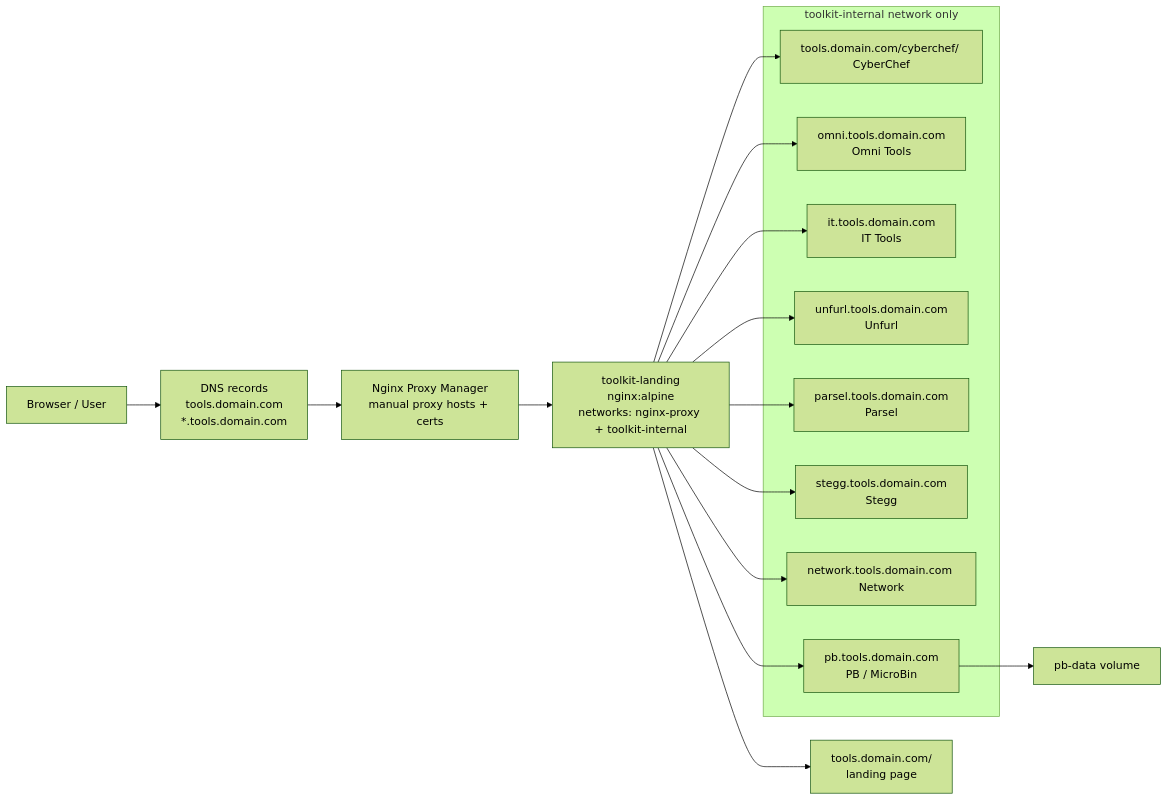
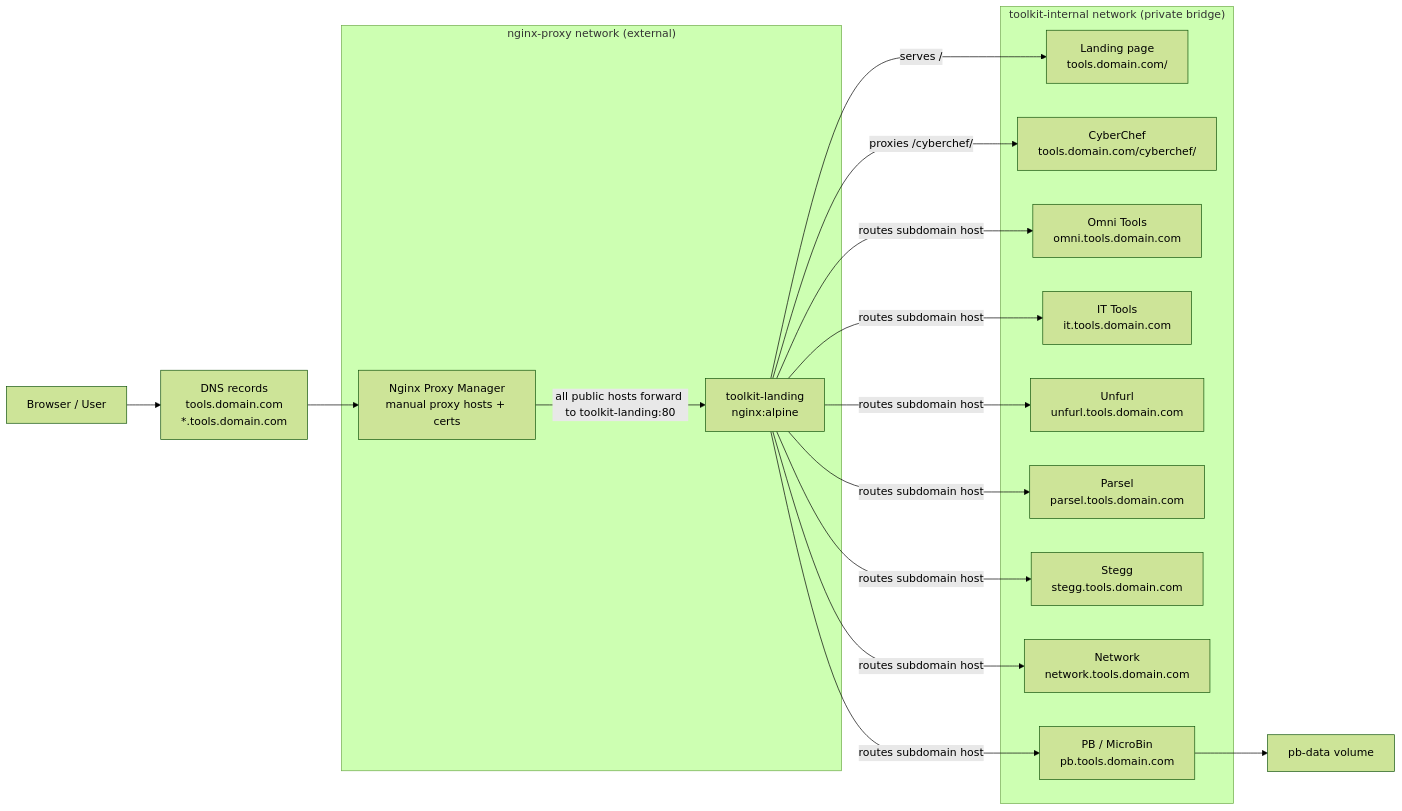
Before and after one commit to nate-griff/everything-toolkit: the diagram in README.md, drawn with Mermaid (forest theme). The commit also changed other lines of this file and 1 other file, not shown here.

Commit message:
Chart clarification and file reorganization

````diff
--- a/README.md
+++ b/README.md
@@ -120,29 +120,36 @@
 ```mermaid
 flowchart LR
     User["Browser / User"] --> DNS["DNS records<br/>tools.domain.com<br/>*.tools.domain.com"]
-    DNS --> NPM["Nginx Proxy Manager<br/>manual proxy hosts + certs"]
-    NPM --> Landing["toolkit-landing<br/>nginx:alpine<br/>networks: nginx-proxy + toolkit-internal"]
 
-    Landing --> Root["tools.domain.com/ <br/>landing page"]
-    Landing --> CyberChef["tools.domain.com/cyberchef/ <br/>CyberChef"]
-    Landing --> Omni["omni.tools.domain.com <br/>Omni Tools"]
-    Landing --> IT["it.tools.domain.com <br/>IT Tools"]
-    Landing --> Unfurl["unfurl.tools.domain.com <br/>Unfurl"]
-    Landing --> Parsel["parsel.tools.domain.com <br/>Parsel"]
-    Landing --> Stegg["stegg.tools.domain.com <br/>Stegg"]
-    Landing --> Network["network.tools.domain.com <br/>Network"]
-    Landing --> PB["pb.tools.domain.com <br/>PB / MicroBin"]
+    subgraph Proxy["nginx-proxy network (external)"]
+        NPM["Nginx Proxy Manager<br/>manual proxy hosts + certs"]
+        Landing["toolkit-landing<br/>nginx:alpine"]
+    end
 
-    subgraph Internal["toolkit-internal network only"]
-        CyberChef
-        Omni
-        IT
-        Unfurl
-        Parsel
-        Stegg
-        Network
-        PB
+    subgraph Internal["toolkit-internal network (private bridge)"]
+        Root["Landing page<br/>tools.domain.com/"]
+        CyberChef["CyberChef<br/>tools.domain.com/cyberchef/"]
+        Omni["Omni Tools<br/>omni.tools.domain.com"]
+        IT["IT Tools<br/>it.tools.domain.com"]
+        Unfurl["Unfurl<br/>unfurl.tools.domain.com"]
+        Parsel["Parsel<br/>parsel.tools.domain.com"]
+        Stegg["Stegg<br/>stegg.tools.domain.com"]
+        Network["Network<br/>network.tools.domain.com"]
+        PB["PB / MicroBin<br/>pb.tools.domain.com"]
     end
+
+    DNS --> NPM
+    NPM -->|"all public hosts forward to toolkit-landing:80"| Landing
+
+    Landing -->|"serves /"| Root
+    Landing -->|"proxies /cyberchef/"| CyberChef
+    Landing -->|"routes subdomain host"| Omni
+    Landing -->|"routes subdomain host"| IT
+    Landing -->|"routes subdomain host"| Unfurl
+    Landing -->|"routes subdomain host"| Parsel
+    Landing -->|"routes subdomain host"| Stegg
+    Landing -->|"routes subdomain host"| Network
+    Landing -->|"routes subdomain host"| PB
 
     PB --> PBData["pb-data volume"]
 ```
````
